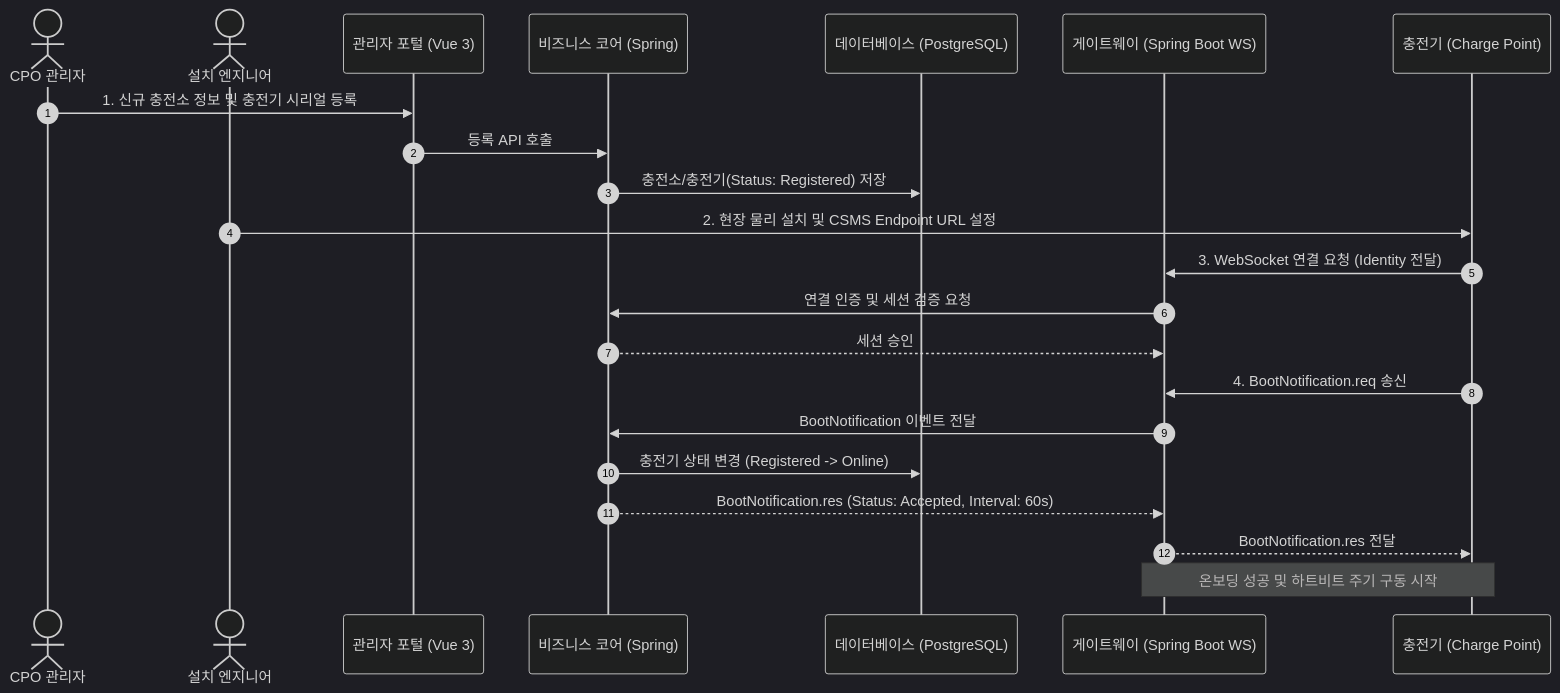
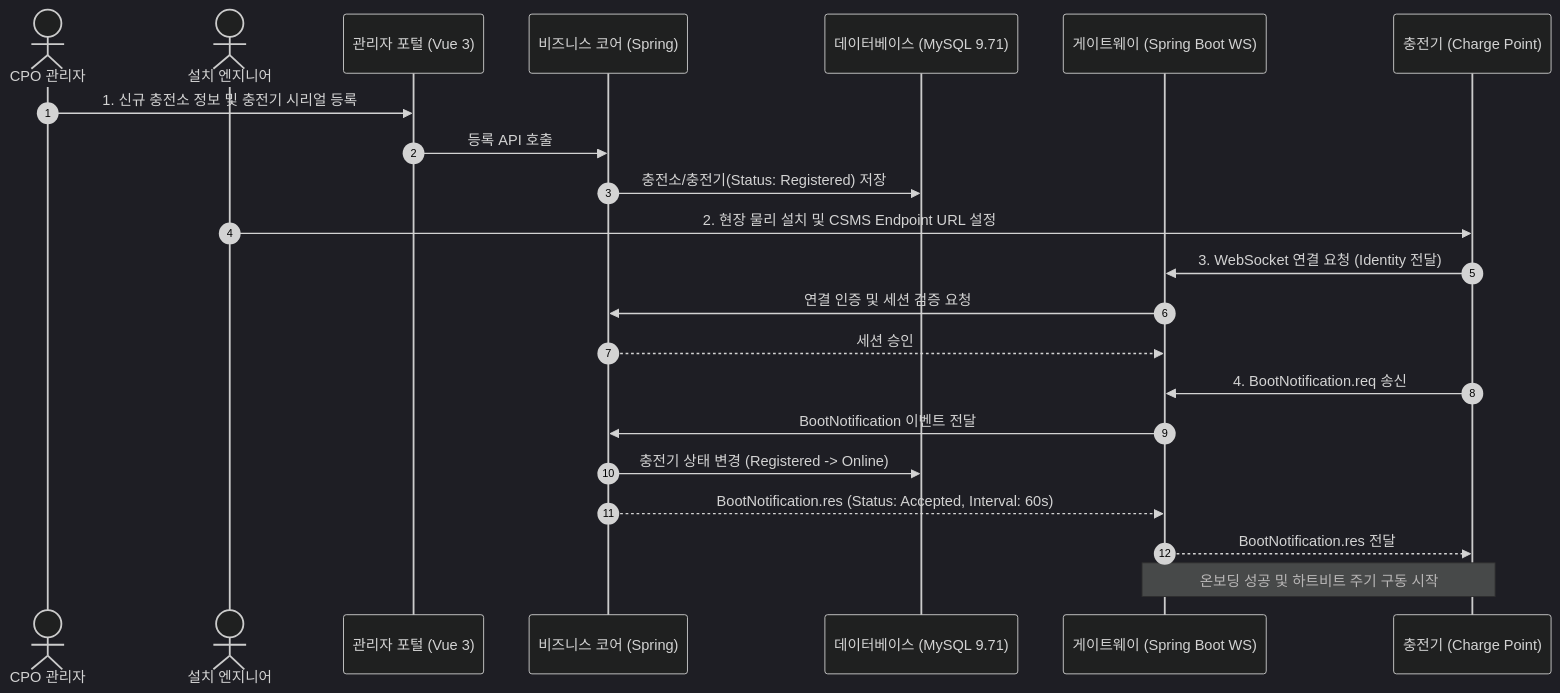
The eighth of 10 diagrams in doc/01.standard_solution/01.prd.md (h2y-hyhong2/h2y-ocpp), drawn with Mermaid (dark theme) before and after one commit. The commit also changed other lines of this file and 20 other files, not shown here.

````diff
--- a/doc/01.standard_solution/01.prd.md
+++ b/doc/01.standard_solution/01.prd.md
@@ -543,25 +557,25 @@
 ```mermaid
 sequenceDiagram
     autonumber
     actor Admin as CPO 관리자
     actor Staff as 설치 엔지니어
     participant Portal as 관리자 포털 (Vue 3)
     participant Core as 비즈니스 코어 (Spring)
-    participant DB as 데이터베이스 (PostgreSQL)
+    participant DB as 데이터베이스 (MySQL 9.71)
     participant GW as 게이트웨이 (Spring Boot WS)
     participant CP as 충전기 (Charge Point)
 
     Admin->>Portal: 1. 신규 충전소 정보 및 충전기 시리얼 등록
     Portal->>Core: 등록 API 호출
     Core->>DB: 충전소/충전기(Status: Registered) 저장
     Staff->>CP: 2. 현장 물리 설치 및 CSMS Endpoint URL 설정
     CP->>GW: 3. WebSocket 연결 요청 (Identity 전달)
     GW->>Core: 연결 인증 및 세션 검증 요청
     Core-->>GW: 세션 승인
     CP->>GW: 4. BootNotification.req 송신
     GW->>Core: BootNotification 이벤트 전달
     Core->>DB: 충전기 상태 변경 (Registered -> Online)
     Core-->>GW: BootNotification.res (Status: Accepted, Interval: 60s)
     GW-->>CP: BootNotification.res 전달
     Note over CP, GW: 온보딩 성공 및 하트비트 주기 구동 시작
 ```
````
